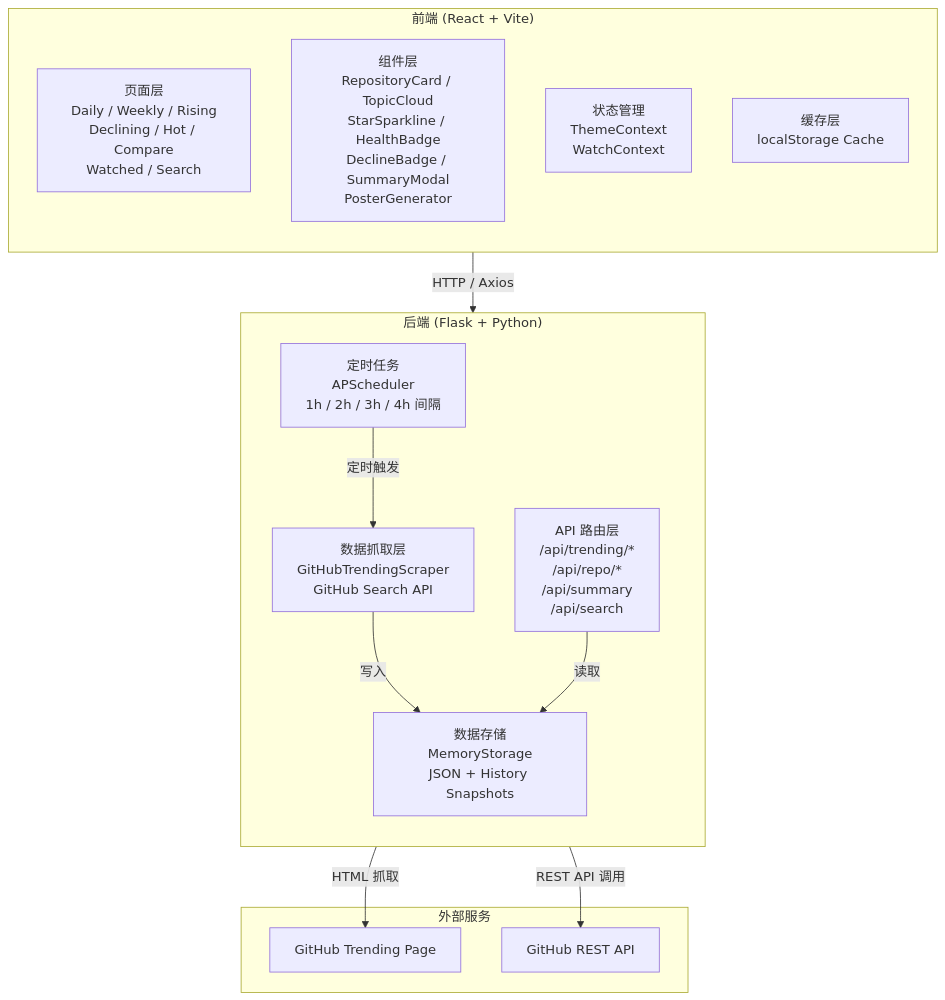
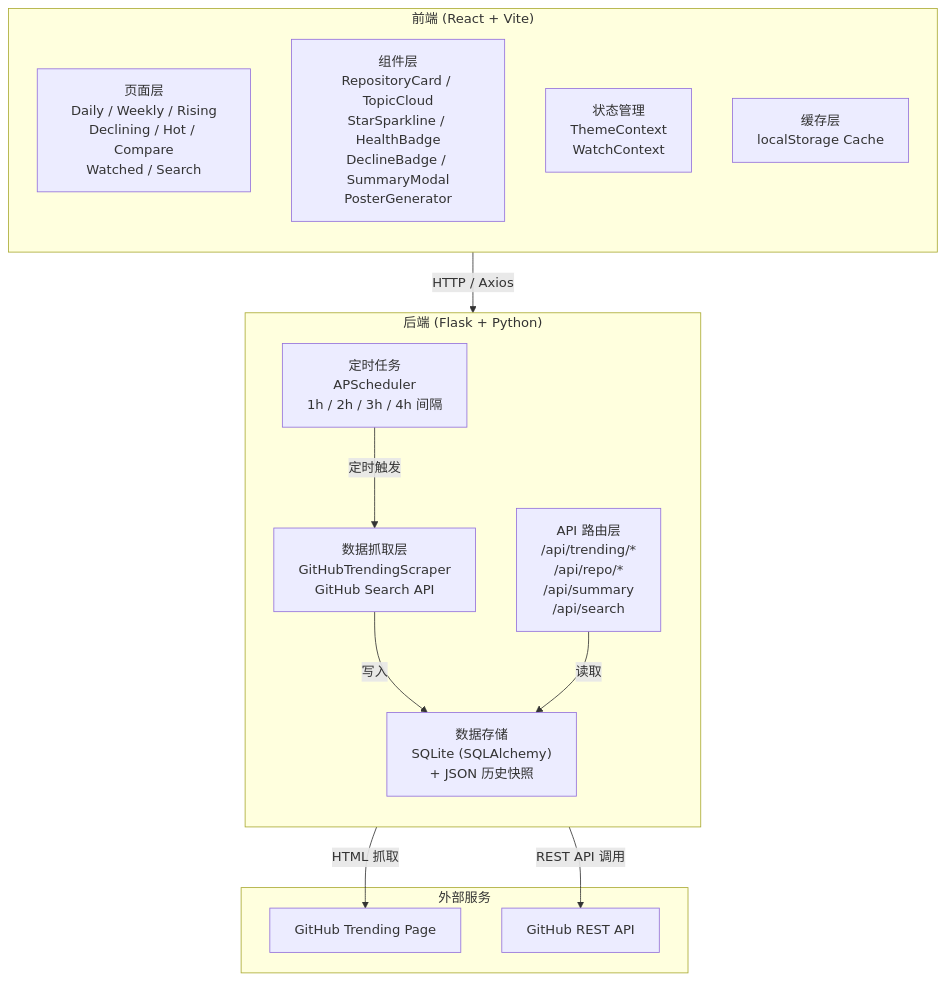
One commit to WebExperiments-glitch/TrendPulse changed the diagram in README.md. Above: the diagram before and after it, drawn with Mermaid. The commit also changed other lines of this file and 15 other files, not shown here.

````diff
--- a/README.md
+++ b/README.md
@@ -81,30 +81,30 @@
 ```mermaid
 graph TB
     subgraph Frontend["前端 (React + Vite)"]
         direction TB
         Pages["页面层<br/>Daily / Weekly / Rising<br/>Declining / Hot / Compare<br/>Watched / Search"]
         Components["组件层<br/>RepositoryCard / TopicCloud<br/>StarSparkline / HealthBadge<br/>DeclineBadge / SummaryModal<br/>PosterGenerator"]
         Context["状态管理<br/>ThemeContext<br/>WatchContext"]
         Cache["缓存层<br/>localStorage Cache"]
     end
 
     subgraph Backend["后端 (Flask + Python)"]
         direction TB
         API["API 路由层<br/>/api/trending/*<br/>/api/repo/*<br/>/api/summary<br/>/api/search"]
         Scraper["数据抓取层<br/>GitHubTrendingScraper<br/>GitHub Search API"]
         Scheduler["定时任务<br/>APScheduler<br/>1h / 2h / 3h / 4h 间隔"]
-        Storage["数据存储<br/>MemoryStorage<br/>JSON + History Snapshots"]
+        Storage["数据存储<br/>SQLite (SQLAlchemy)<br/>+ JSON 历史快照"]
     end
 
     subgraph External["外部服务"]
         GH["GitHub Trending Page"]
         GHApi["GitHub REST API"]
     end
 
     Frontend -->|HTTP / Axios| Backend
     Backend -->|HTML 抓取| GH
     Backend -->|REST API 调用| GHApi
     Scheduler -->|定时触发| Scraper
     Scraper -->|写入| Storage
     API -->|读取| Storage
 ```
````
